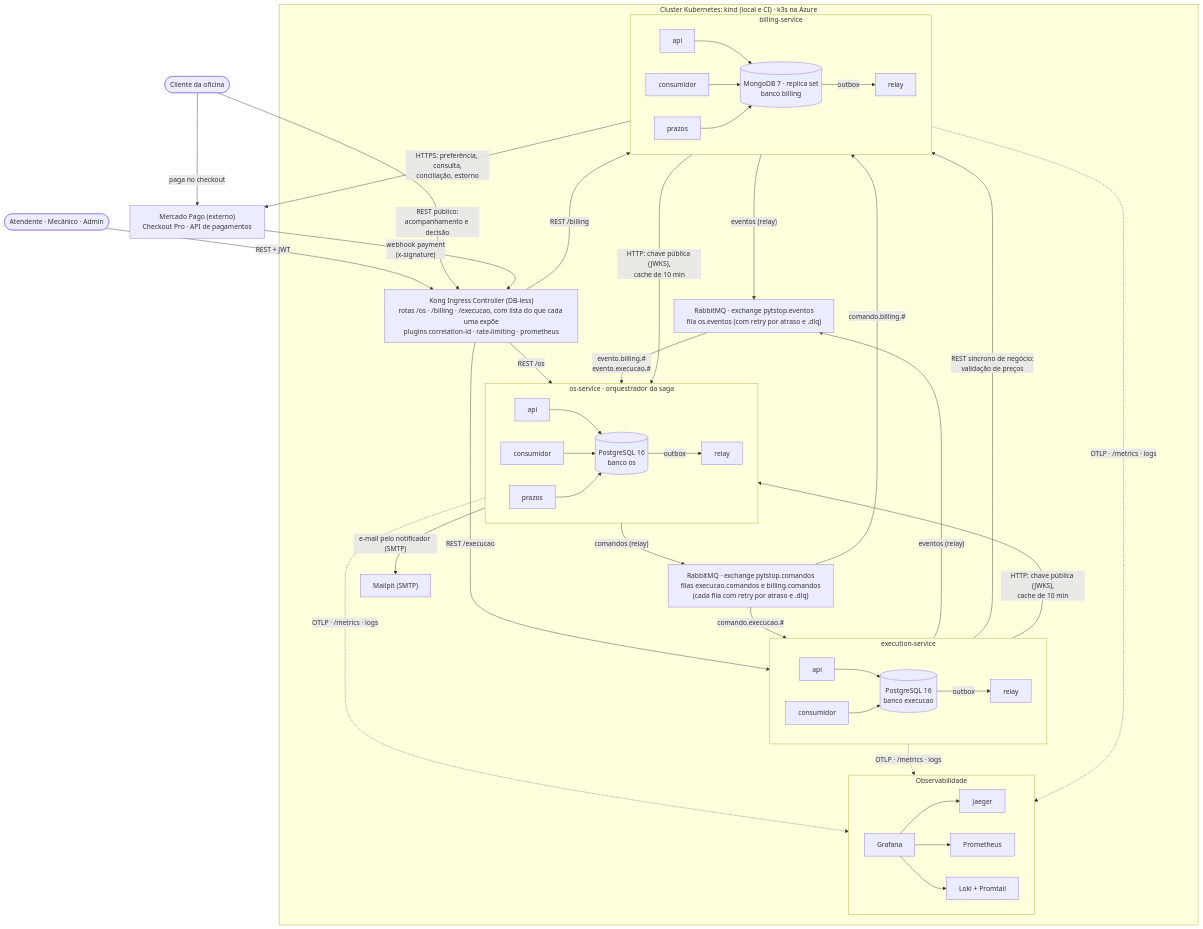
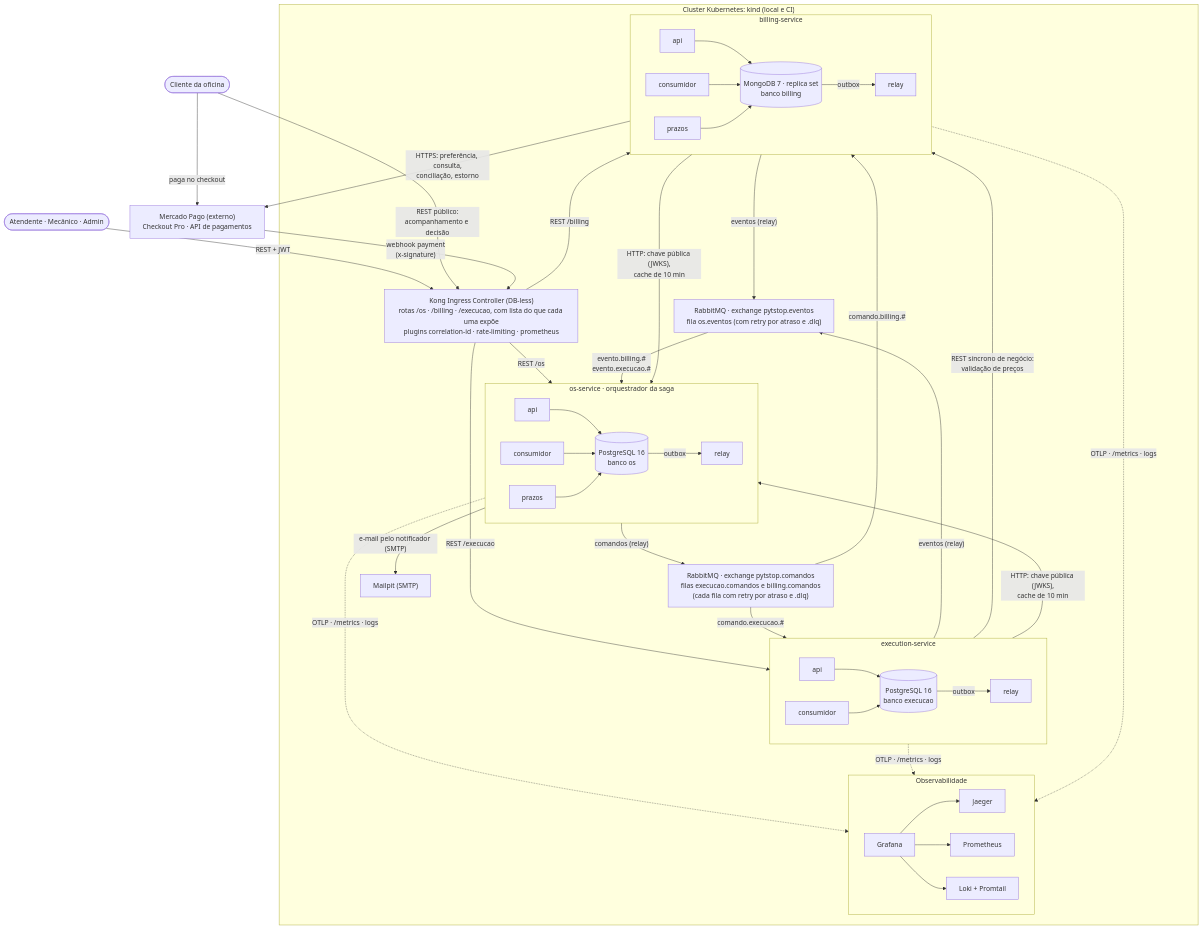
The first of 13 diagrams in docs/arquitetura/rfc/fase4/rfc-004-microsservicos-saga.md (fiap-postech-sw-architecture/postech-sw-arch-p4-platform), drawn with Mermaid before and after one commit. The commit also changed other lines of this file and 16 other files, not shown here.

````diff
--- a/docs/arquitetura/rfc/fase4/rfc-004-microsservicos-saga.md
+++ b/docs/arquitetura/rfc/fase4/rfc-004-microsservicos-saga.md
@@ -94,70 +94,70 @@
 ```mermaid
 ---
 config:
   flowchart:
     wrappingWidth: 400
 ---
 flowchart TB
     interno(["Atendente · Mecânico · Admin"])
     cliente(["Cliente da oficina"])
 
-    subgraph k8s["Cluster Kubernetes: kind (local e CI) · k3s na Azure"]
+    subgraph k8s["Cluster Kubernetes: kind (local e CI)"]
         kong["Kong Ingress Controller (DB-less)<br/>rotas /os · /billing · /execucao, com lista do que cada uma expõe<br/>plugins correlation-id · rate-limiting · prometheus"]
 
         subgraph os["os-service · orquestrador da saga"]
             direction LR
             os_api["api"] --> os_db
             os_cons["consumidor"] --> os_db
             os_prazos["prazos"] --> os_db
             os_db[("PostgreSQL 16<br/>banco os")] -->|"outbox"| os_relay["relay"]
         end
 
         cmd["RabbitMQ · exchange pytstop.comandos<br/>filas execucao.comandos e billing.comandos<br/>(cada fila com retry por atraso e .dlq)"]
 
         subgraph exe["execution-service"]
             direction LR
             exe_api["api"] --> exe_db
             exe_cons["consumidor"] --> exe_db
             exe_db[("PostgreSQL 16<br/>banco execucao")] -->|"outbox"| exe_relay["relay"]
         end
 
         subgraph bil["billing-service"]
             direction LR
             bil_api["api"] --> bil_db
             bil_cons["consumidor"] --> bil_db
             bil_prazos["prazos"] --> bil_db
             bil_db[("MongoDB 7 · replica set<br/>banco billing")] -->|"outbox"| bil_relay["relay"]
         end
 
         evt["RabbitMQ · exchange pytstop.eventos<br/>fila os.eventos (com retry por atraso e .dlq)"]
         mailpit["Mailpit (SMTP)"]
 
         subgraph obs["Observabilidade"]
             direction LR
             grafana["Grafana"] --> jaeger["Jaeger"]
             grafana --> prom["Prometheus"]
             grafana --> loki["Loki + Promtail"]
         end
     end
 
     mp["Mercado Pago (externo)<br/>Checkout Pro · API de pagamentos"]
 
     interno -->|"REST + JWT"| kong
     cliente -->|"REST público:<br/>acompanhamento e decisão"| kong
     kong -->|"REST /os"| os
     kong -->|"REST /execucao"| exe
     kong -->|"REST /billing"| bil
     os -->|"comandos (relay)"| cmd
     cmd -->|"comando.execucao.#"| exe
     cmd -->|"comando.billing.#"| bil
     exe -->|"eventos (relay)"| evt
     bil -->|"eventos (relay)"| evt
     evt -->|"evento.billing.#<br/>evento.execucao.#"| os
     exe -->|"REST síncrono de negócio:<br/>validação de preços"| bil
     exe & bil -->|"HTTP: chave pública (JWKS),<br/>cache de 10 min"| os
     bil -->|"HTTPS: preferência, consulta,<br/>conciliação, estorno"| mp
     mp -->|"webhook payment<br/>(x-signature)"| kong
     cliente -->|"paga no checkout"| mp
     os -->|"e-mail pelo notificador (SMTP)"| mailpit
     os & exe & bil -.->|"OTLP · /metrics · logs"| obs
 ```
````
